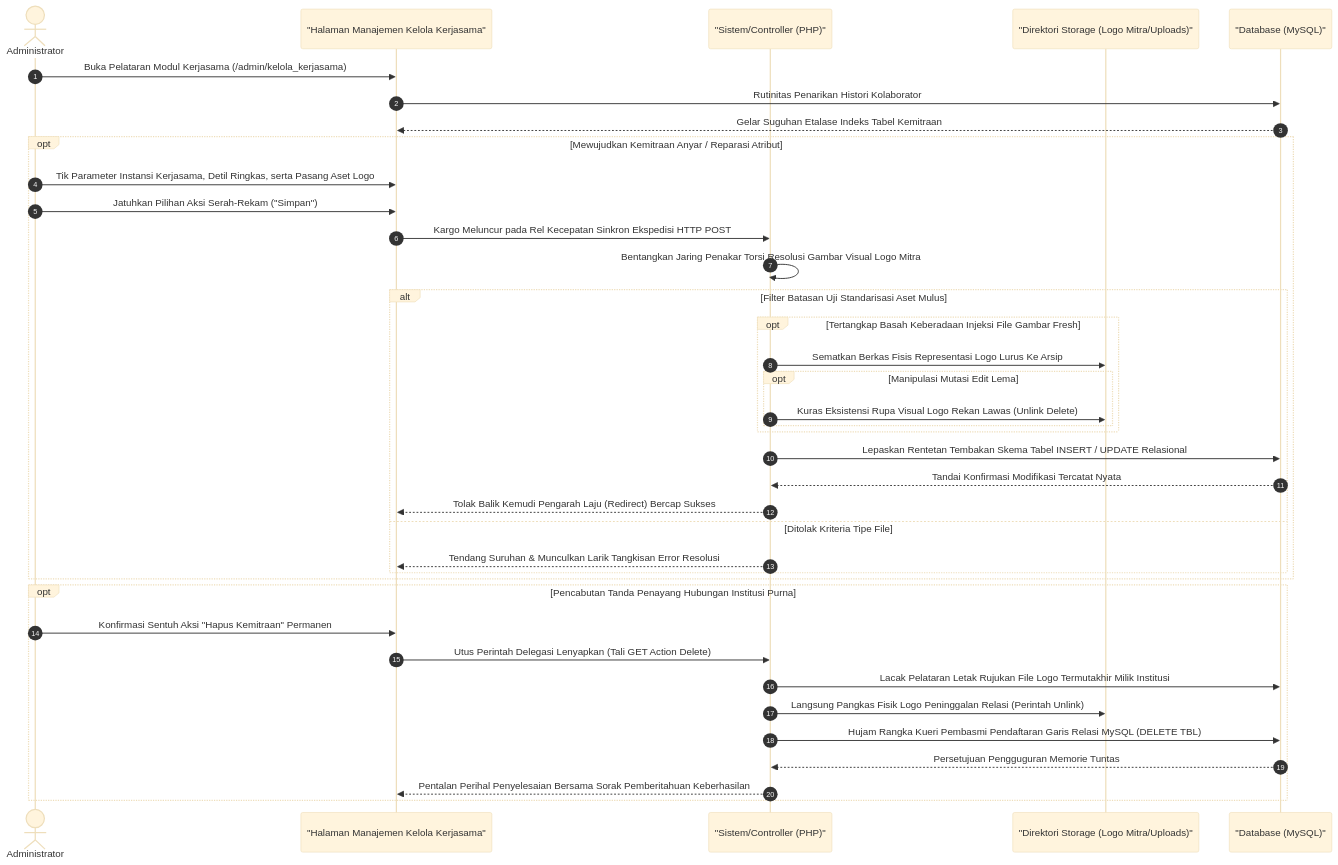
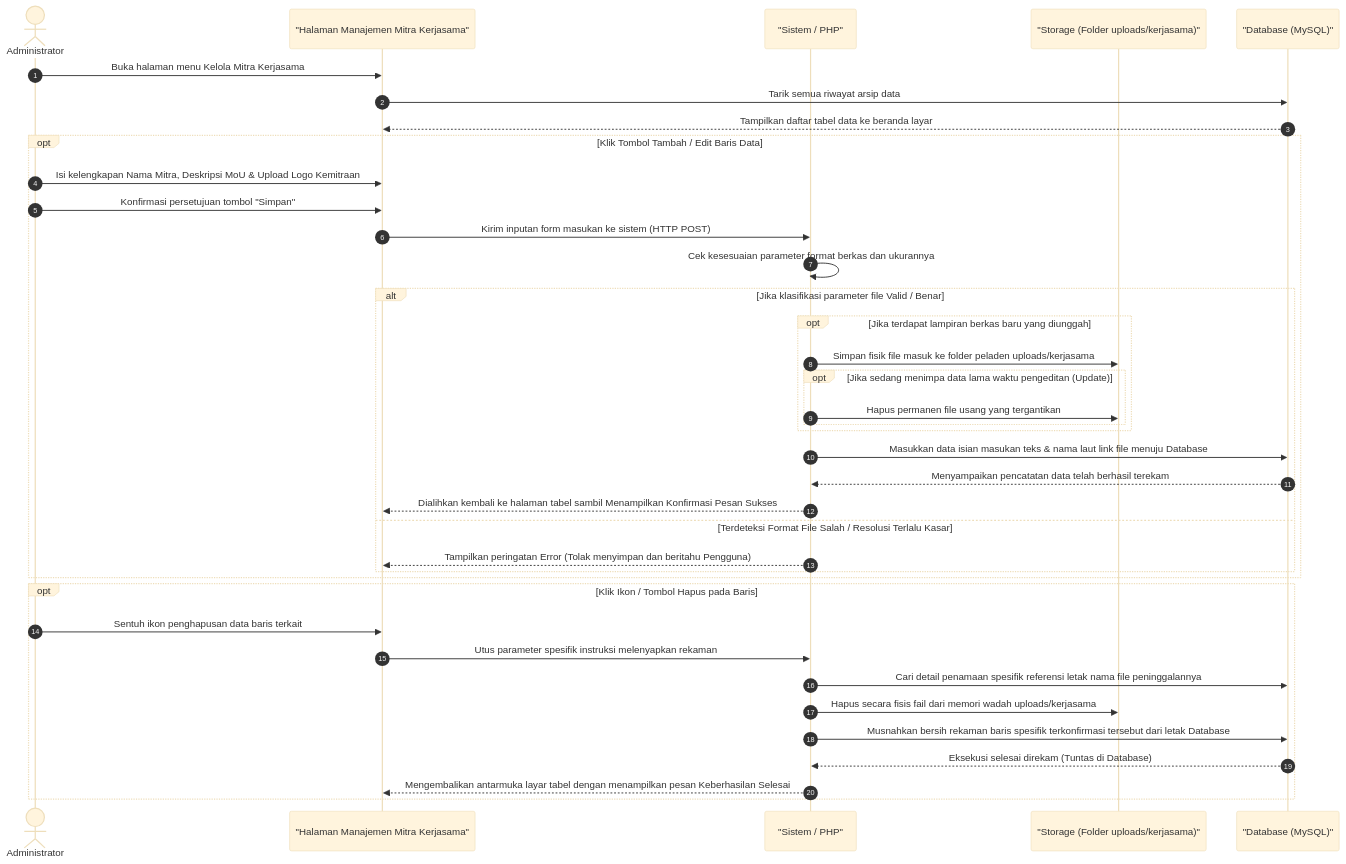
One commit to arbain-dev/Web_fikom changed the diagram in docs/sequence_diagram_admin_kerjasama.md. Above: the diagram before and after it, drawn with Mermaid (base theme). The commit also changed other lines of this file and 17 other files, not shown here.

Commit message:
docs: menyederhanakan bahasa seluruh sequence diagram admin backend

````diff
--- a/docs/sequence_diagram_admin_kerjasama.md
+++ b/docs/sequence_diagram_admin_kerjasama.md
@@ -15,48 +29,48 @@
 ```mermaid
 sequenceDiagram
     autonumber
     actor Admin as Administrator
-    participant View as "Halaman Manajemen Kelola Kerjasama"
-    participant System as "Sistem/Controller (PHP)"
-    participant Server as "Direktori Storage (Logo Mitra/Uploads)"
+    participant View as "Halaman Manajemen Mitra Kerjasama"
+    participant System as "Sistem / PHP"
+    participant Server as "Storage (Folder uploads/kerjasama)"
     participant DB as "Database (MySQL)"
 
-    Admin->>View: Buka Pelataran Modul Kerjasama (/admin/kelola_kerjasama)
-    View->>DB: Rutinitas Penarikan Histori Kolaborator
-    DB-->>View: Gelar Suguhan Etalase Indeks Tabel Kemitraan
-    
-    %% Proses Tambah / Format Unggahan Dokumen
-    opt Mewujudkan Kemitraan Anyar / Reparasi Atribut
-        Admin->>View: Tik Parameter Instansi Kerjasama, Detil Ringkas, serta Pasang Aset Logo
-        Admin->>View: Jatuhkan Pilihan Aksi Serah-Rekam ("Simpan")
-        View->>System: Kargo Meluncur pada Rel Kecepatan Sinkron Ekspedisi HTTP POST
+    Admin->>View: Buka halaman menu Kelola Mitra Kerjasama
+    View->>DB: Tarik semua riwayat arsip data
+    DB-->>View: Tampilkan daftar tabel data ke beranda layar
 
-        System->>System: Bentangkan Jaring Penakar Torsi Resolusi Gambar Visual Logo Mitra
+    %% Proses Tambah / Edit
+    opt Klik Tombol Tambah / Edit Baris Data
+        Admin->>View: Isi kelengkapan Nama Mitra, Deskripsi MoU & Upload Logo Kemitraan
+        Admin->>View: Konfirmasi persetujuan tombol "Simpan"
+        View->>System: Kirim inputan form masukan ke sistem (HTTP POST)
+
+        System->>System: Cek kesesuaian parameter format berkas dan ukurannya
         
-        alt Filter Batasan Uji Standarisasi Aset Mulus
-            opt Tertangkap Basah Keberadaan Injeksi File Gambar Fresh
-                System->>Server: Sematkan Berkas Fisis Representasi Logo Lurus Ke Arsip 
-                opt Manipulasi Mutasi Edit Lema
-                    System->>Server: Kuras Eksistensi Rupa Visual Logo Rekan Lawas (Unlink Delete)
+        alt Jika klasifikasi parameter file Valid / Benar
+            opt Jika terdapat lampiran berkas baru yang diunggah
+                System->>Server: Simpan fisik file masuk ke folder peladen uploads/kerjasama
+                opt Jika sedang menimpa data lama waktu pengeditan (Update)
+                    System->>Server: Hapus permanen file usang yang tergantikan
                 end
             end
             
-            System->>DB: Lepaskan Rentetan Tembakan Skema Tabel INSERT / UPDATE Relasional
-            DB-->>System: Tandai Konfirmasi Modifikasi Tercatat Nyata
-            System-->>View: Tolak Balik Kemudi Pengarah Laju (Redirect) Bercap Sukses  
-        else Ditolak Kriteria Tipe File
-            System-->>View: Tendang Suruhan & Munculkan Larik Tangkisan Error Resolusi
+            System->>DB: Masukkan data isian masukan teks & nama laut link file menuju Database
+            DB-->>System: Menyampaikan pencatatan data telah berhasil terekam
+            System-->>View: Dialihkan kembali ke halaman tabel sambil Menampilkan Konfirmasi Pesan Sukses
+        else Terdeteksi Format File Salah / Resolusi Terlalu Kasar
+            System-->>View: Tampilkan peringatan Error (Tolak menyimpan dan beritahu Pengguna)
         end
     end
 
-    %% Proses Hapus Rekan
-    opt Pencabutan Tanda Penayang Hubungan Institusi Purna 
-        Admin->>View: Konfirmasi Sentuh Aksi "Hapus Kemitraan" Permanen
-        View->>System: Utus Perintah Delegasi Lenyapkan (Tali GET Action Delete)
-        System->>DB: Lacak Pelataran Letak Rujukan File Logo Termutakhir Milik Institusi
-        System->>Server: Langsung Pangkas Fisik Logo Peninggalan Relasi (Perintah Unlink)
-        System->>DB: Hujam Rangka Kueri Pembasmi Pendaftaran Garis Relasi MySQL (DELETE TBL)
-        DB-->>System: Persetujuan Pengguguran Memorie Tuntas
-        System-->>View: Pentalan Perihal Penyelesaian Bersama Sorak Pemberitahuan Keberhasilan
+    %% Proses Hapus
+    opt Klik Ikon / Tombol Hapus pada Baris
+        Admin->>View: Sentuh ikon penghapusan data baris terkait
+        View->>System: Utus parameter spesifik instruksi melenyapkan rekaman
+        System->>DB: Cari detail penamaan spesifik referensi letak nama file peninggalannya
+        System->>Server: Hapus secara fisis fail dari memori wadah uploads/kerjasama
+        System->>DB: Musnahkan bersih rekaman baris spesifik terkonfirmasi tersebut dari letak Database
+        DB-->>System: Eksekusi selesai direkam (Tuntas di Database)
+        System-->>View: Mengembalikan antarmuka layar tabel dengan menampilkan pesan Keberhasilan Selesai
     end
 ```
````
